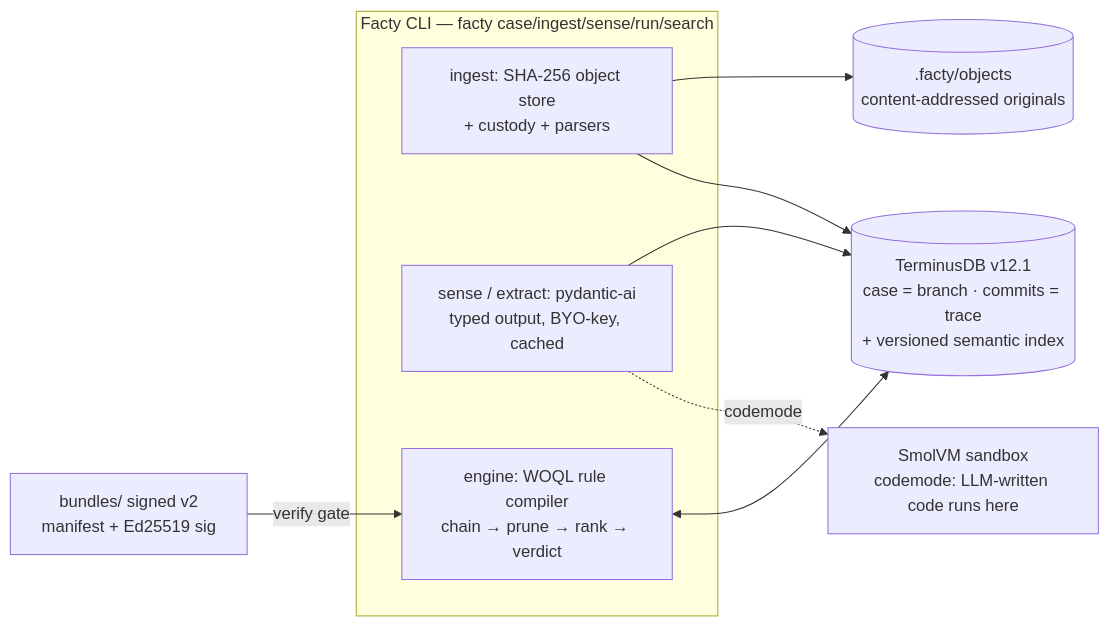
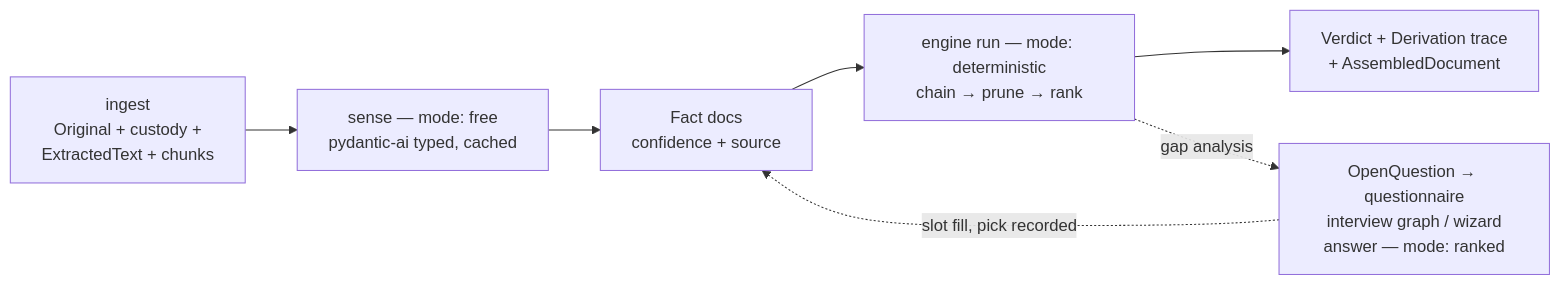
Before and after one commit to facty-dev/facty: the third of 3 diagrams in README.md, drawn with Mermaid. The commit also changed other lines of this file, not shown here.

First line of the commit message:
docs(readme): execution-model and data-flow diagrams for intermediate devs

````diff
--- a/README.md
+++ b/README.md
@@ -51,17 +82,12 @@
 ```mermaid
 flowchart LR
-    subgraph HOST[Facty CLI — facty case/ingest/sense/run/search]
-      ING[ingest: SHA-256 object store<br/>+ custody + parsers]
-      SEN[sense / extract: pydantic-ai<br/>typed output, BYO-key, cached]
-      ENG[engine: WOQL rule compiler<br/>chain → prune → rank → verdict]
-    end
-    TDB[(TerminusDB v12.1<br/>case = branch · commits = trace<br/>+ versioned semantic index)]
-    OBJ[(.facty/objects<br/>content-addressed originals)]
-    VM[SmolVM sandbox<br/>codemode: LLM-written code runs here]
-    ING --> OBJ
-    ING --> TDB
-    SEN --> TDB
-    ENG <--> TDB
-    SEN -. codemode .-> VM
-    B[bundles/ signed v2<br/>manifest + Ed25519 sig] -->|verify gate| ENG
+    ING["ingest<br/>Original + custody +<br/>ExtractedText + chunks"]
+    SEN["sense — mode: free<br/>pydantic-ai typed, cached"]
+    FACT["Fact docs<br/>confidence + source"]
+    ENG["engine run — mode: deterministic<br/>chain → prune → rank"]
+    OUT["Verdict + Derivation trace<br/>+ AssembledDocument"]
+    Q["OpenQuestion → questionnaire<br/>interview graph / wizard<br/>answer — mode: ranked"]
+    ING --> SEN --> FACT --> ENG --> OUT
+    ENG -.->|gap analysis| Q
+    Q -.->|slot fill, pick recorded| FACT
 ```
````
